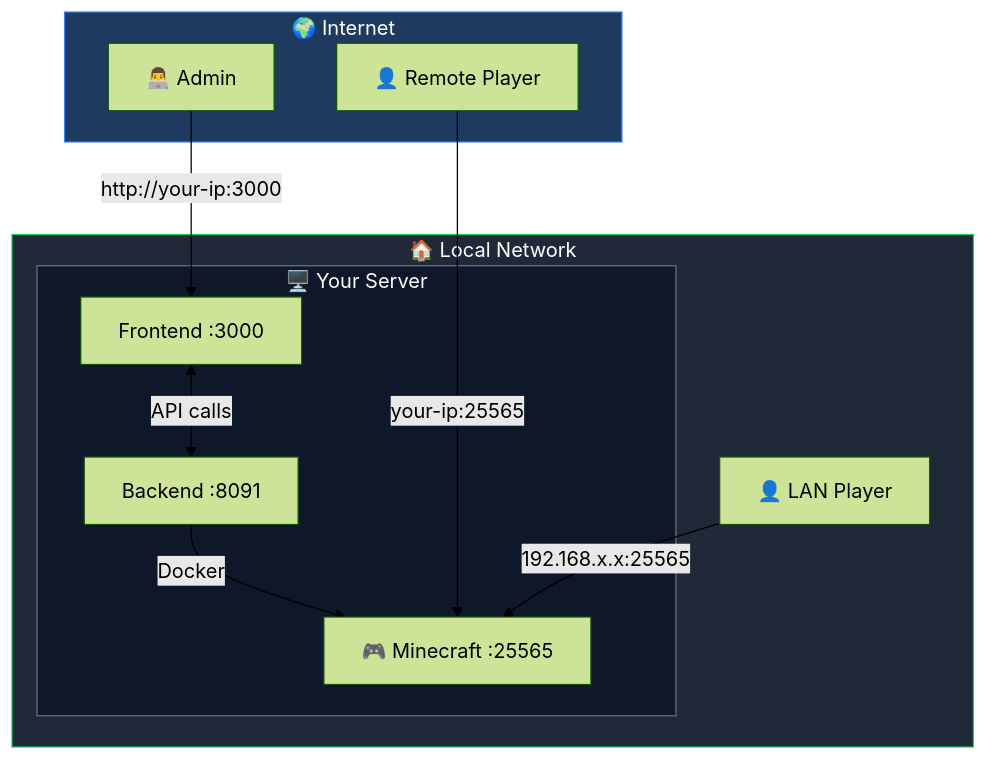
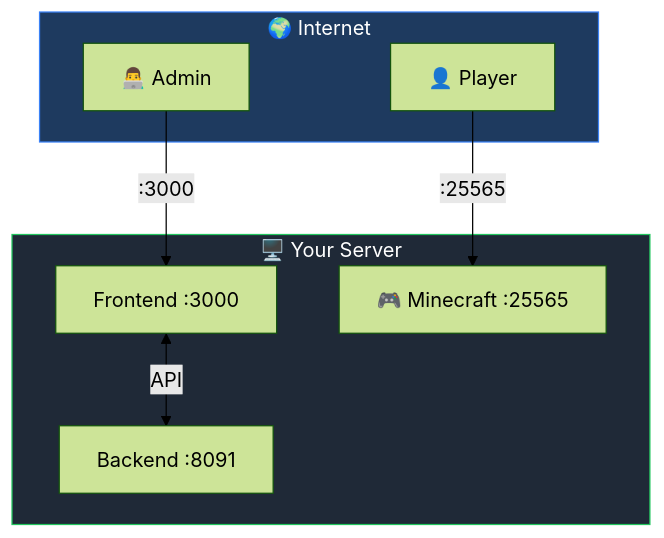
Before and after one commit to Ketbome/minepanel: the first of 3 diagrams in doc/networking.md, drawn with Mermaid (forest theme). The commit also changed other lines of this file and 10 other files, not shown here.

````diff
--- a/doc/networking.md
+++ b/doc/networking.md
@@ -21,28 +12,20 @@
 ```mermaid
 flowchart TB
     subgraph internet["🌍 Internet"]
-        Player1["👤 Remote Player"]
+        Player["👤 Player"]
         Admin["👨‍💻 Admin"]
     end
 
-    subgraph lan["🏠 Local Network"]
-        Player2["👤 LAN Player"]
-
-        subgraph server["🖥️ Your Server"]
-            FE["Frontend :3000"]
-            BE["Backend :8091"]
-            MC["🎮 Minecraft :25565"]
-        end
+    subgraph server["🖥️ Your Server"]
+        FE["Frontend :3000"]
+        BE["Backend :8091"]
+        MC["🎮 Minecraft :25565"]
     end
 
-    Admin -->|"http://your-ip:3000"| FE
-    FE <-->|"API calls"| BE
-    BE -->|"Docker"| MC
-
-    Player1 -->|"your-ip:25565"| MC
-    Player2 -->|"192.168.x.x:25565"| MC
+    Admin -->|":3000"| FE
+    FE <-->|"API"| BE
+    Player -->|":25565"| MC
 
     style internet fill:#1e3a5f,stroke:#3b82f6,color:#fff
-    style lan fill:#1f2937,stroke:#22c55e,color:#fff
-    style server fill:#0f172a,stroke:#6b7280,color:#fff
+    style server fill:#1f2937,stroke:#22c55e,color:#fff
 ```
````
